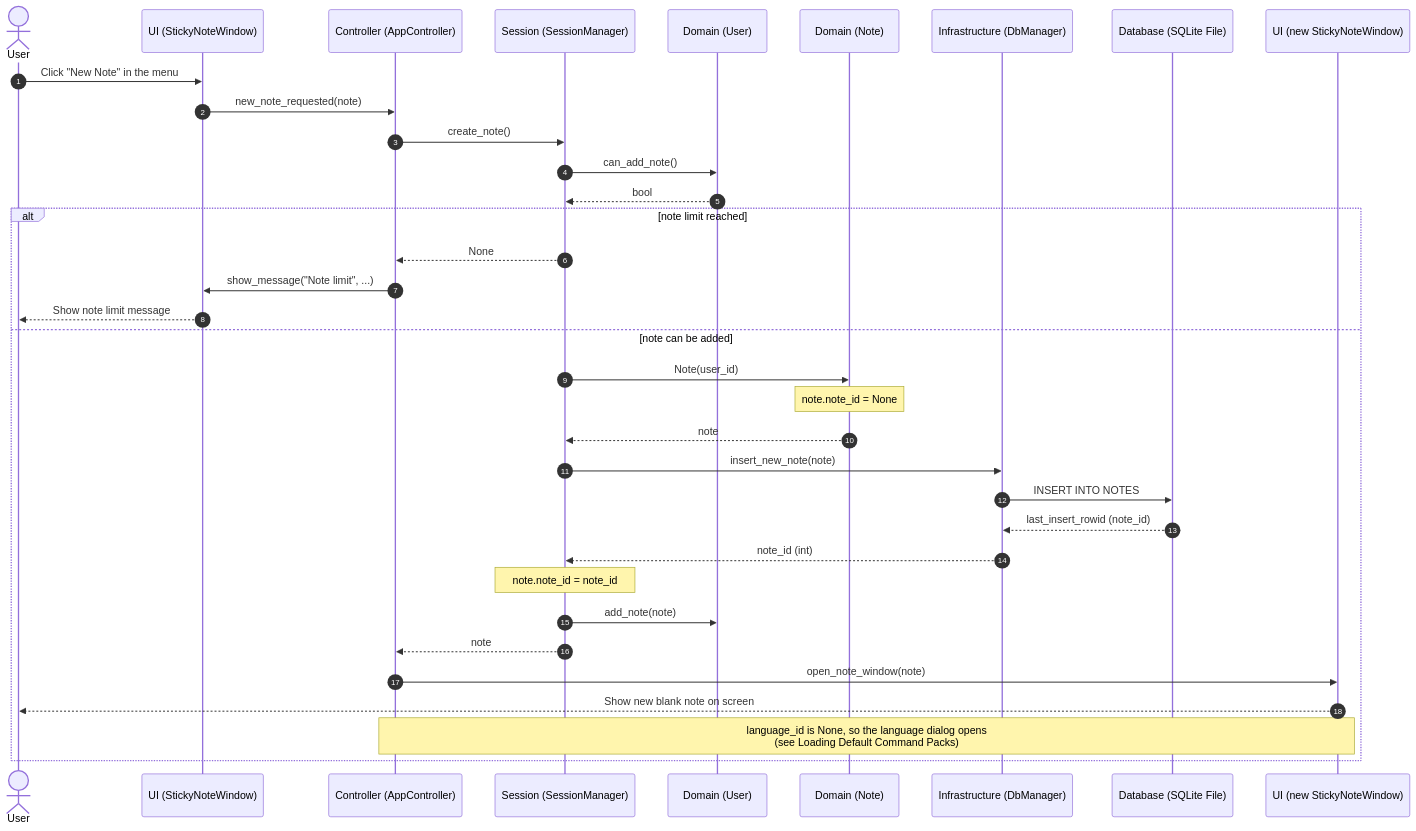
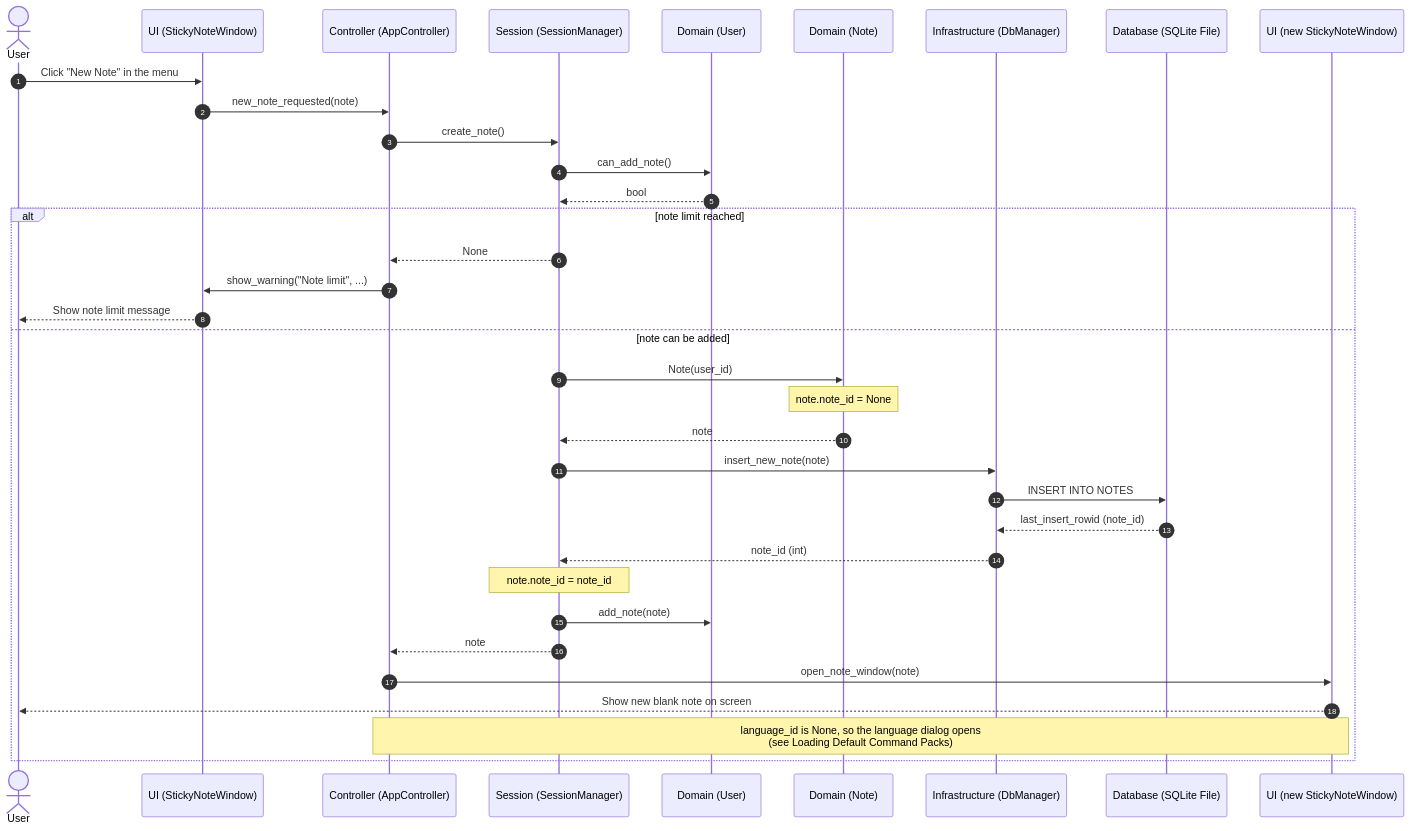
One commit to gboudon-dev/cheat-sheet changed the third of 5 diagrams in README.md. Above: the diagram before and after it, drawn with Mermaid. The commit also changed other lines of this file, not shown here.

````diff
--- a/README.md
+++ b/README.md
@@ -277,38 +301,38 @@
 ```mermaid
 sequenceDiagram
     autonumber
     actor User as User
     participant Win as UI (StickyNoteWindow)
     participant Ctrl as Controller (AppController)
     participant SM as Session (SessionManager)
     participant ModelUser as Domain (User)
     participant ModelNote as Domain (Note)
     participant Repo as Infrastructure (DbManager)
     participant DB as Database (SQLite File)
     participant NewWin as UI (new StickyNoteWindow)
 
     User ->> Win : Click "New Note" in the menu
     Win ->> Ctrl : new_note_requested(note)
     Ctrl ->> SM : create_note()
     SM ->> ModelUser : can_add_note()
     ModelUser -->> SM : bool
     alt note limit reached
         SM -->> Ctrl : None
-        Ctrl ->> Win : show_message("Note limit", ...)
+        Ctrl ->> Win : show_warning("Note limit", ...)
         Win -->> User : Show note limit message
     else note can be added
         SM ->> ModelNote : Note(user_id)
         Note over ModelNote : note.note_id = None
         ModelNote -->> SM : note
         SM ->> Repo : insert_new_note(note)
         Repo ->> DB : INSERT INTO NOTES
         DB -->> Repo : last_insert_rowid (note_id)
         Repo -->> SM : note_id (int)
         Note over SM : note.note_id = note_id
         SM ->> ModelUser : add_note(note)
         SM -->> Ctrl : note
         Ctrl ->> NewWin : open_note_window(note)
         NewWin -->> User : Show new blank note on screen
         Note over Ctrl, NewWin : language_id is None, so the language dialog opens<br/>(see Loading Default Command Packs)
     end
 ```
````
